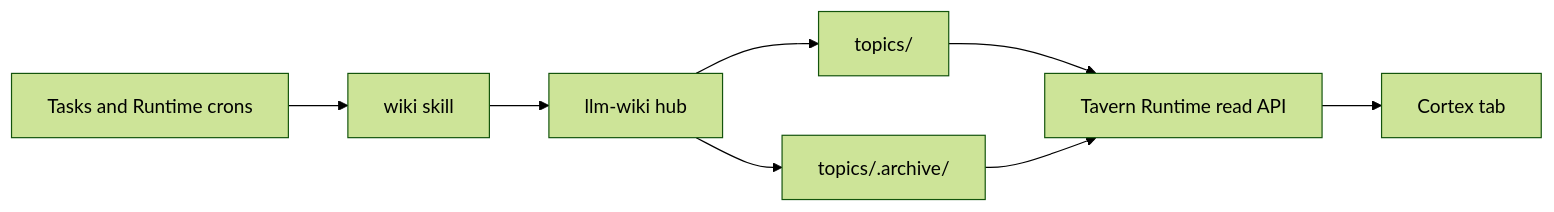
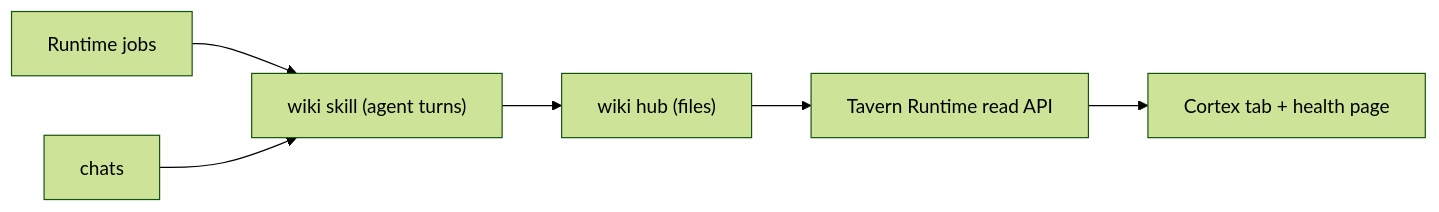
One commit to zknicker/tavern changed the diagram in specs/cortex.md. Above: the diagram before and after it, drawn with Mermaid (forest theme). The commit also changed other lines of this file, not shown here.

First line of the commit message:
docs: cortex spec opens with the system at a glance

````diff
--- a/specs/cortex.md
+++ b/specs/cortex.md
@@ -12,18 +46,15 @@
 ```mermaid
 flowchart LR
-  Hub["llm-wiki hub"]
-  Topics["topics/<slug>"]
-  Archive["topics/.archive/<slug>"]
+  Hub["wiki hub (files)"]
   Runtime["Tavern Runtime read API"]
-  App["Cortex tab"]
-  Tasks["Tasks and Runtime crons"]
-  Skill["wiki skill"]
+  App["Cortex tab + health page"]
+  Jobs["Runtime jobs"]
+  Skill["wiki skill (agent turns)"]
+  Chat["chats"]
 
-  Hub --> Topics
-  Hub --> Archive
-  Topics --> Runtime
-  Archive --> Runtime
+  Hub --> Runtime
   Runtime --> App
-  Tasks --> Skill
+  Jobs --> Skill
+  Chat --> Skill
   Skill --> Hub
 ```
````
